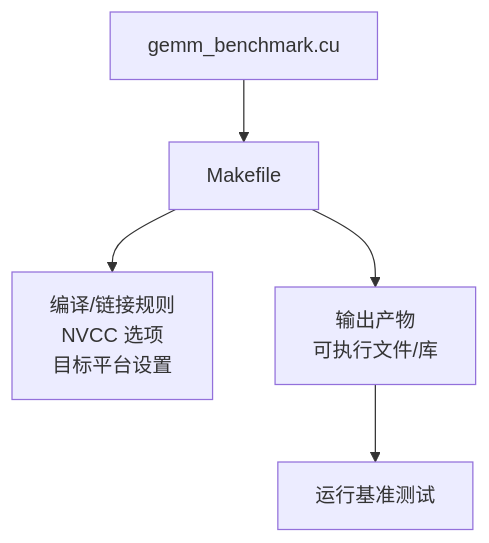
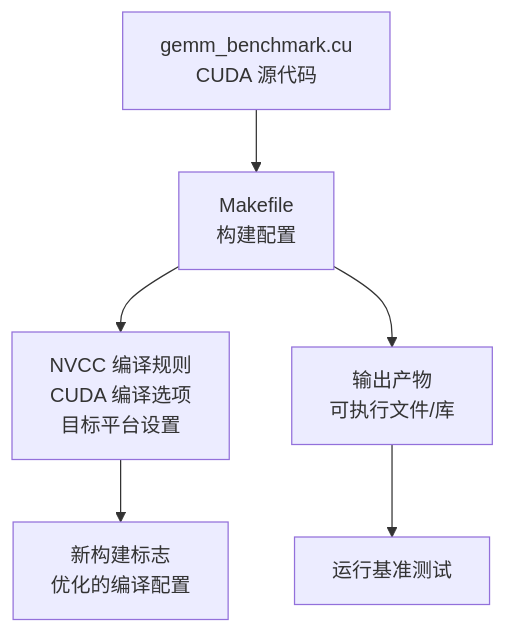
Before and after one commit to Bitllion/gemm_benchmark: the first of 3 diagrams in .qoder/repowiki/zh/content/开发者指南/构建系统定制.md, drawn with Mermaid. The commit also changed other lines of this file and 5 other files, not shown here.

````diff
--- a/.qoder/repowiki/zh/content/开发者指南/构建系统定制.md
+++ b/.qoder/repowiki/zh/content/开发者指南/构建系统定制.md
@@ -35,7 +44,8 @@
 ```mermaid
 graph TB
-A["Makefile"] --> B["编译/链接规则<br/>NVCC 选项<br/>目标平台设置"]
+A["Makefile<br/>构建配置"] --> B["NVCC 编译规则<br/>CUDA 编译选项<br/>目标平台设置"]
 A --> C["输出产物<br/>可执行文件/库"]
-D["gemm_benchmark.cu"] --> A
+D["gemm_benchmark.cu<br/>CUDA 源代码"] --> A
 C --> E["运行基准测试"]
+B --> F["新构建标志<br/>优化的编译配置"]
 ```
````
